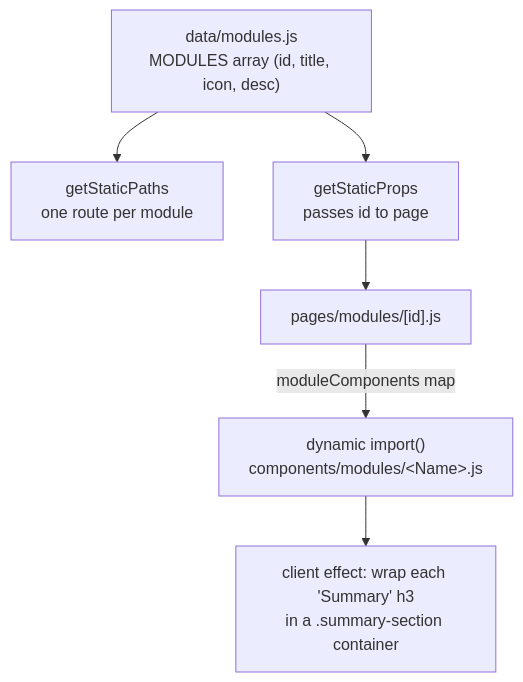
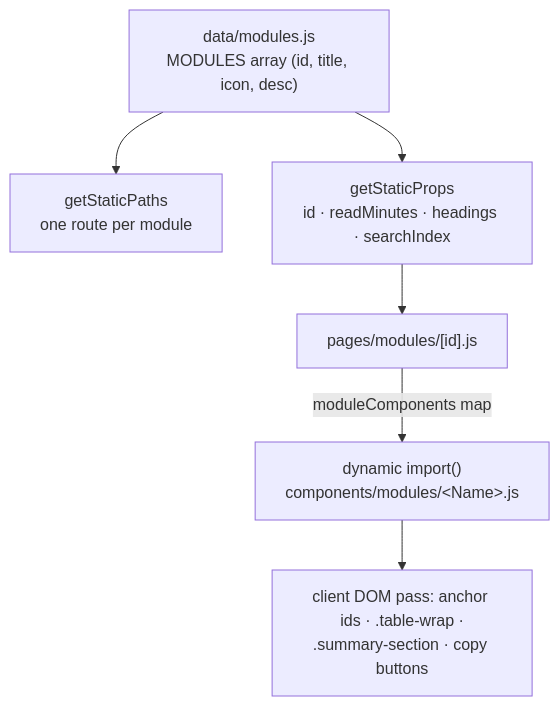
One commit to ammdevl/lfs-101-notes changed the second of 4 diagrams in docs/data-flow.md. Above: the diagram before and after it, drawn with Mermaid. The commit also changed other lines of this file and 38 other files, not shown here.

````diff
--- a/docs/data-flow.md
+++ b/docs/data-flow.md
@@ -18,8 +18,8 @@
 ```mermaid
 flowchart TD
     M["data/modules.js<br/>MODULES array (id, title, icon, desc)"] --> P["getStaticPaths<br/>one route per module"]
-    M --> Q["getStaticProps<br/>passes id to page"]
+    M --> Q["getStaticProps<br/>id · readMinutes · headings · searchIndex"]
     Q --> R["pages/modules/[id].js"]
     R -->|"moduleComponents map"| DI["dynamic import()<br/>components/modules/&lt;Name&gt;.js"]
-    DI --> DOM["client effect: wrap each 'Summary' h3<br/>in a .summary-section container"]
+    DI --> DOM["client DOM pass: anchor ids · .table-wrap ·<br/>.summary-section · copy buttons"]
 ```
````
